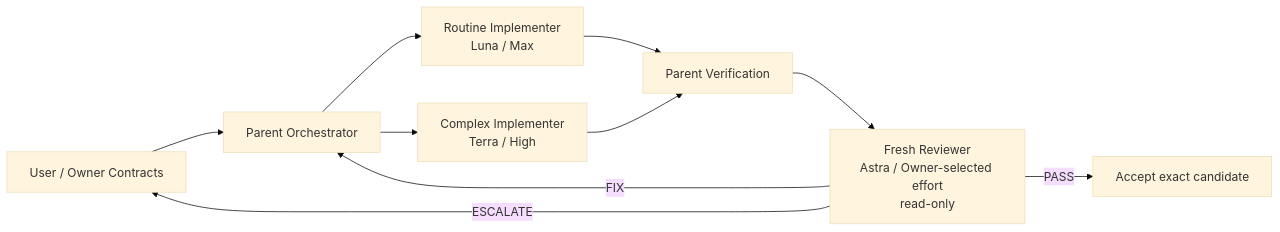
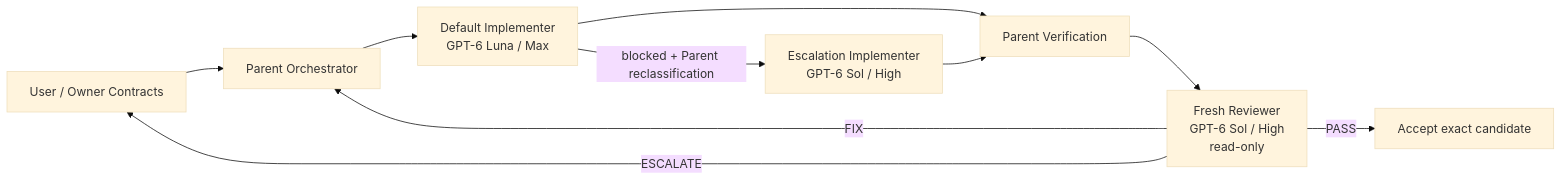
The diagram in README.ja.md (Soph1yzzz/mandatemarshal), drawn with Mermaid (base theme) before and after one commit. The commit also changed other lines of this file and 39 other files, not shown here.

````diff
--- a/README.ja.md
+++ b/README.ja.md
@@ -121,12 +121,12 @@
 ```mermaid
 flowchart LR
     O["User / Owner Contracts"] --> P["Parent Orchestrator"]
-    P --> R["Routine Implementer<br/>Luna / Max"]
-    P --> C["Complex Implementer<br/>Terra / High"]
+    P --> R["Default Implementer<br/>GPT-6 Luna / Max"]
+    R -->|blocked + Parent reclassification| C["Escalation Implementer<br/>GPT-6 Sol / High"]
     R --> V["Parent Verification"]
     C --> V
-    V --> F["Fresh Reviewer<br/>Astra / Owner-selected effort<br/>read-only"]
+    V --> F["Fresh Reviewer<br/>GPT-6 Sol / High<br/>read-only"]
     F -->|PASS| A["Accept exact candidate"]
     F -->|FIX| P
     F -->|ESCALATE| O
 ```
````
